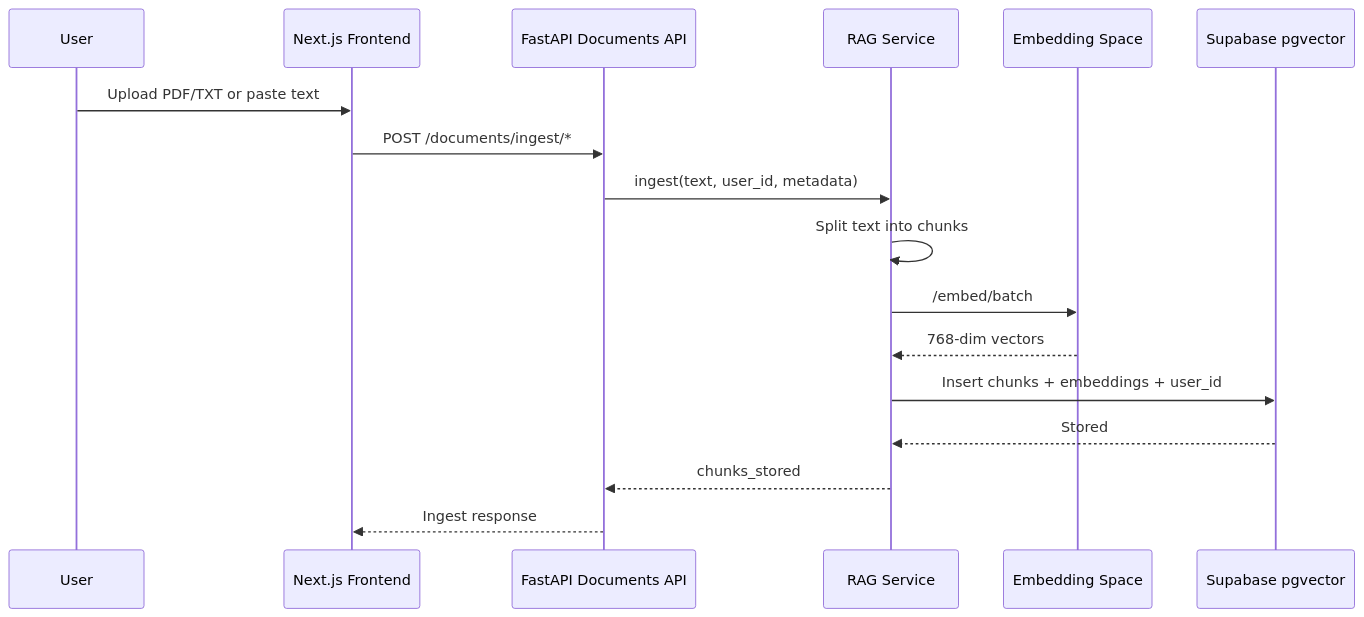
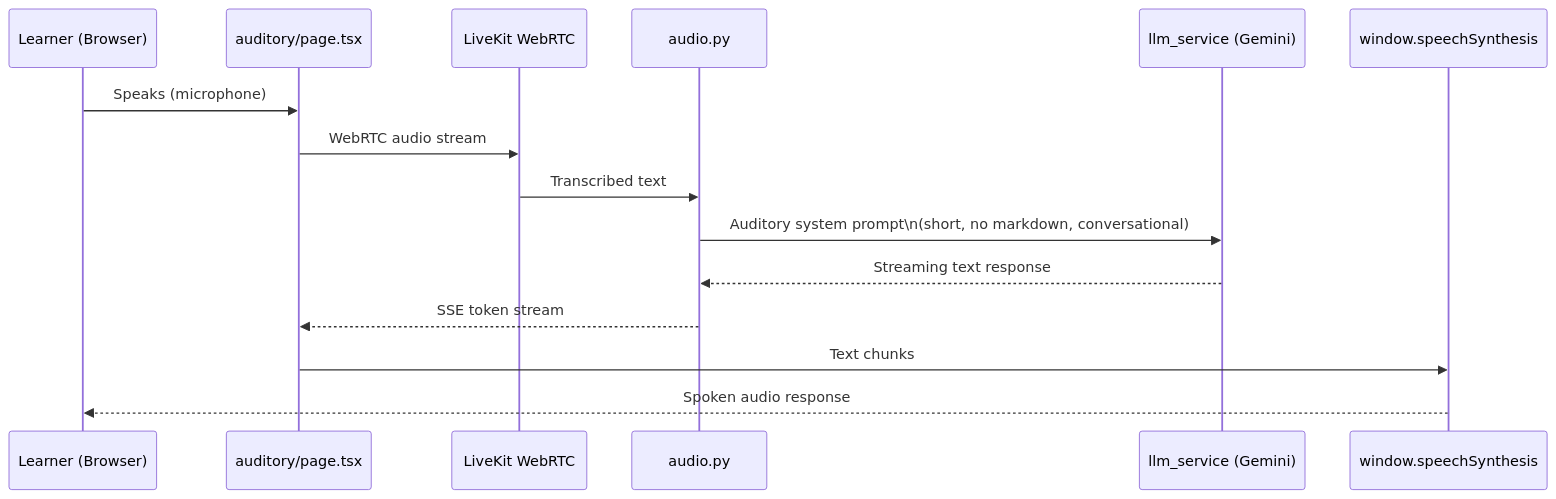
The sixth of 15 diagrams in ARCHITECTURE.md (Ramosh99/CognifyAI), drawn with Mermaid before and after one commit. The commit also changed other lines of this file and 1 other file, not shown here.

Commit message:
fix: truncate long Mermaid diagram labels to ensure valid syntax

````diff
--- a/ARCHITECTURE.md
+++ b/ARCHITECTURE.md
@@ -142,20 +174,18 @@
 ```mermaid
 sequenceDiagram
-  participant User
-  participant FE as Next.js Frontend
-  participant API as FastAPI Documents API
-  participant RAG as RAG Service
-  participant EMB as Embedding Space
-  participant DB as Supabase pgvector
+    participant L as Learner (Browser)
+    participant FE as auditory/page.tsx
+    participant LK as LiveKit WebRTC
+    participant API as audio.py
+    participant LLM as llm_service (Gemini)
+    participant TTS as window.speechSynthesis
 
-  User->>FE: Upload PDF/TXT or paste text
-  FE->>API: POST /documents/ingest/*
-  API->>RAG: ingest(text, user_id, metadata)
-  RAG->>RAG: Split text into chunks
-  RAG->>EMB: /embed/batch
-  EMB-->>RAG: 768-dim vectors
-  RAG->>DB: Insert chunks + embeddings + user_id
-  DB-->>RAG: Stored
-  RAG-->>API: chunks_stored
-  API-->>FE: Ingest response
+    L->>FE: Speaks (microphone)
+    FE->>LK: WebRTC audio stream
+    LK->>API: Transcribed text
+    API->>LLM: Auditory system prompt\n(short, no markdown, conversational)
+    LLM-->>API: Streaming text response
+    API-->>FE: SSE token stream
+    FE->>TTS: Text chunks
+    TTS-->>L: Spoken audio response
 ```
````
